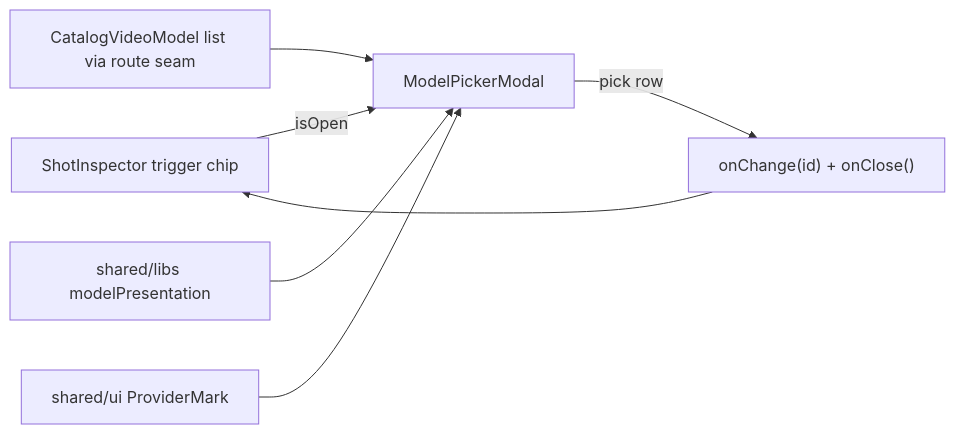
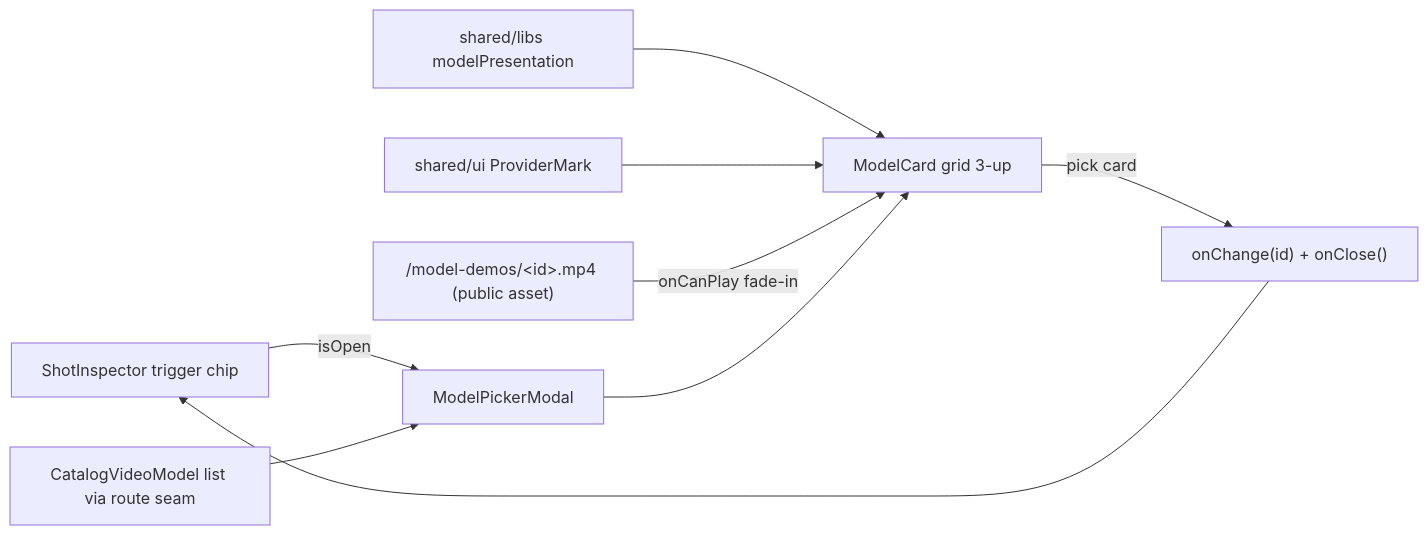
One commit to AzamatRaimbekov2/openCreate changed the diagram in apps/web/src/modules/Cinema/components/ModelPickerModal.tsx.md. Above: the diagram before and after it, drawn with Mermaid. The commit also changed other lines of this file and 359 other files, not shown here.

````diff
--- a/apps/web/src/modules/Cinema/components/ModelPickerModal.tsx.md
+++ b/apps/web/src/modules/Cinema/components/ModelPickerModal.tsx.md
@@ -37,8 +48,9 @@
 ```mermaid
 flowchart LR
   SI[ShotInspector trigger chip] -->|isOpen| M[ModelPickerModal]
   CAT[CatalogVideoModel list via route seam] --> M
-  MP[shared/libs modelPresentation] --> M
-  PM[shared/ui ProviderMark] --> M
-  M -->|pick row| CH["onChange(id) + onClose()"] --> SI
+  MP[shared/libs modelPresentation] --> C[ModelCard grid 3-up]
+  PM[shared/ui ProviderMark] --> C
+  D["/model-demos/&lt;id&gt;.mp4 (public asset)"] -->|onCanPlay fade-in| C
+  M --> C -->|pick card| CH["onChange(id) + onClose()"] --> SI
 ```
````
